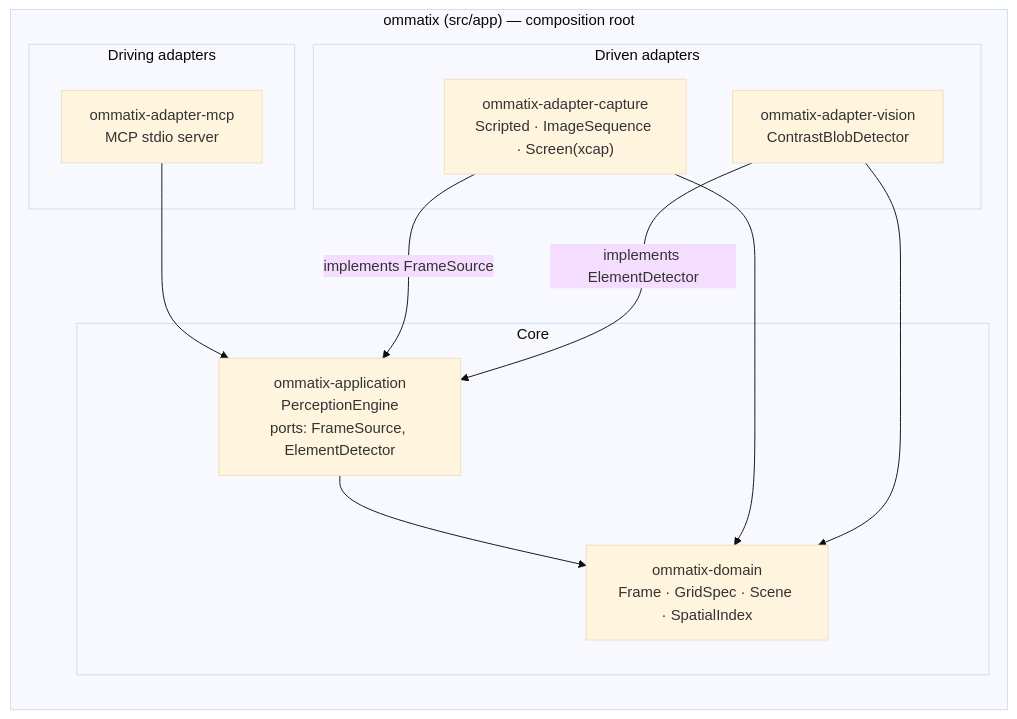
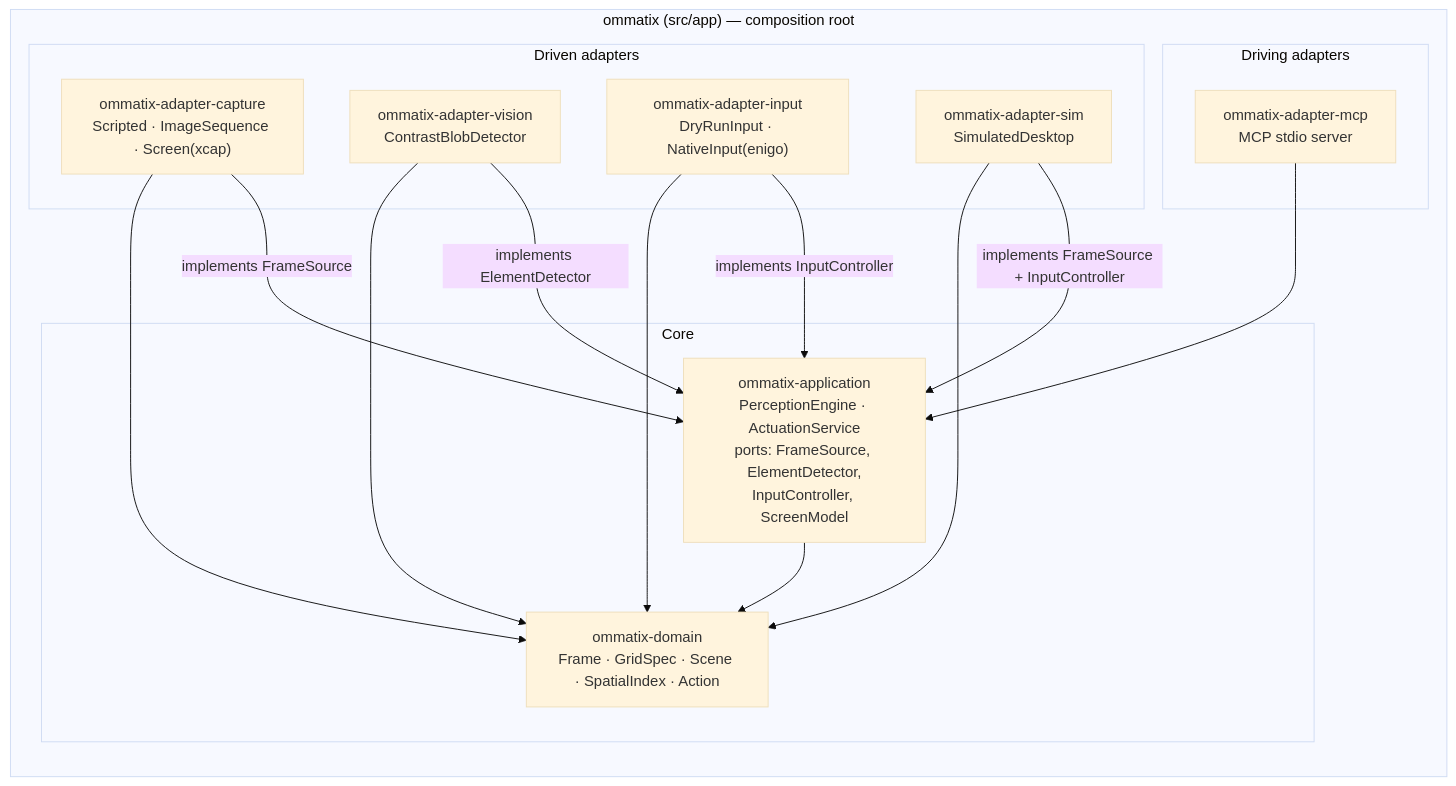
One commit to Yosoyepa/Ommatix changed the diagram in docs/diagrams/hexagon.md. Above: the diagram before and after it, drawn with Mermaid (base theme). The commit also changed 12 other files, not shown here.

````diff
--- a/docs/diagrams/hexagon.md
+++ b/docs/diagrams/hexagon.md
@@ -6,23 +6,29 @@
 ```mermaid
 flowchart TB
     subgraph app["ommatix (src/app) — composition root"]
       direction TB
       subgraph driving["Driving adapters"]
         mcp["ommatix-adapter-mcp<br/>MCP stdio server"]
       end
       subgraph core["Core"]
-        appl["ommatix-application<br/>PerceptionEngine<br/>ports: FrameSource, ElementDetector"]
-        dom["ommatix-domain<br/>Frame · GridSpec · Scene · SpatialIndex"]
+        appl["ommatix-application<br/>PerceptionEngine · ActuationService<br/>ports: FrameSource, ElementDetector,<br/>InputController, ScreenModel"]
+        dom["ommatix-domain<br/>Frame · GridSpec · Scene · SpatialIndex · Action"]
       end
       subgraph driven["Driven adapters"]
         cap["ommatix-adapter-capture<br/>Scripted · ImageSequence · Screen(xcap)"]
         vis["ommatix-adapter-vision<br/>ContrastBlobDetector"]
+        inp["ommatix-adapter-input<br/>DryRunInput · NativeInput(enigo)"]
+        sim["ommatix-adapter-sim<br/>SimulatedDesktop"]
       end
     end
     mcp --> appl
     appl --> dom
     cap -->|implements FrameSource| appl
     vis -->|implements ElementDetector| appl
+    inp -->|implements InputController| appl
+    sim -->|implements FrameSource + InputController| appl
     cap --> dom
     vis --> dom
+    inp --> dom
+    sim --> dom
 ```
````
